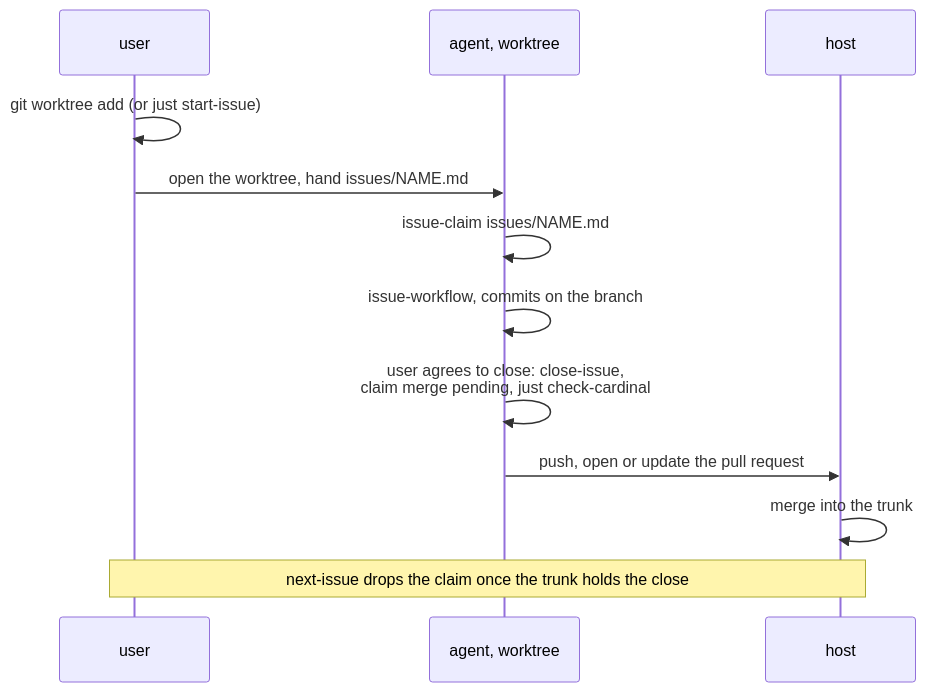
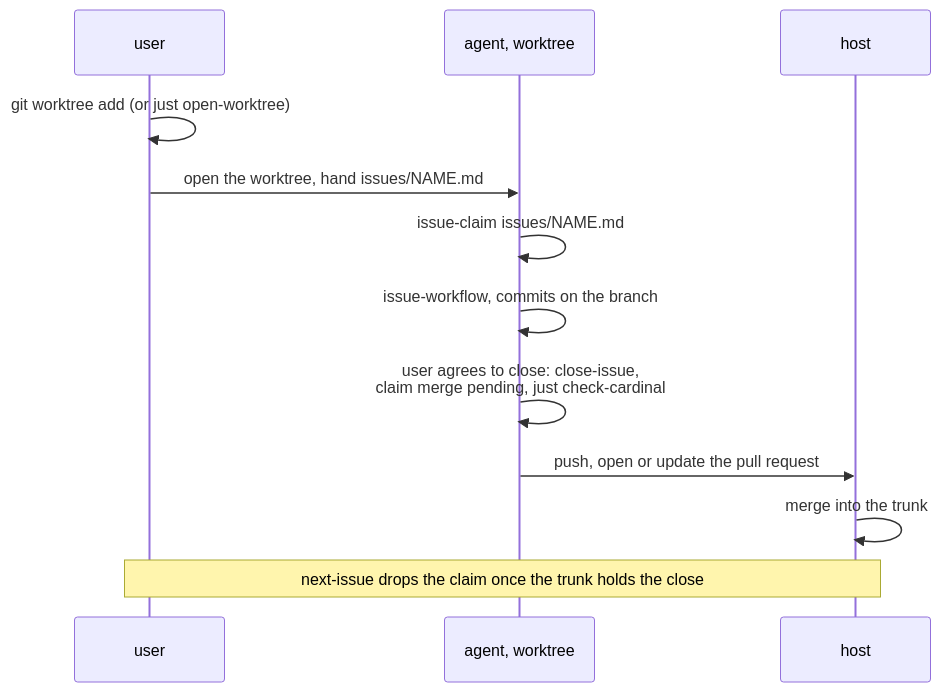
Before and after one commit to Electron-libre/cardinal: the third of 3 diagrams in docs/workflow.md, drawn with Mermaid. The commit also changed other lines of this file and 20 other files, not shown here.

First line of the commit message:
feat(cardinal): open a worktree with no issue attached

````diff
--- a/docs/workflow.md
+++ b/docs/workflow.md
@@ -85,14 +85,14 @@
 ```mermaid
 sequenceDiagram
   participant U as user
   participant W as agent, worktree
   participant H as host
-  U->>U: git worktree add (or just start-issue)
+  U->>U: git worktree add (or just open-worktree)
   U->>W: open the worktree, hand issues/NAME.md
   W->>W: issue-claim issues/NAME.md
   W->>W: issue-workflow, commits on the branch
   W->>W: user agrees to close: close-issue,<br/>claim merge pending, just check-cardinal
   W->>H: push, open or update the pull request
   H->>H: merge into the trunk
   Note over U,H: next-issue drops the claim once the trunk holds the close
 ```
````
